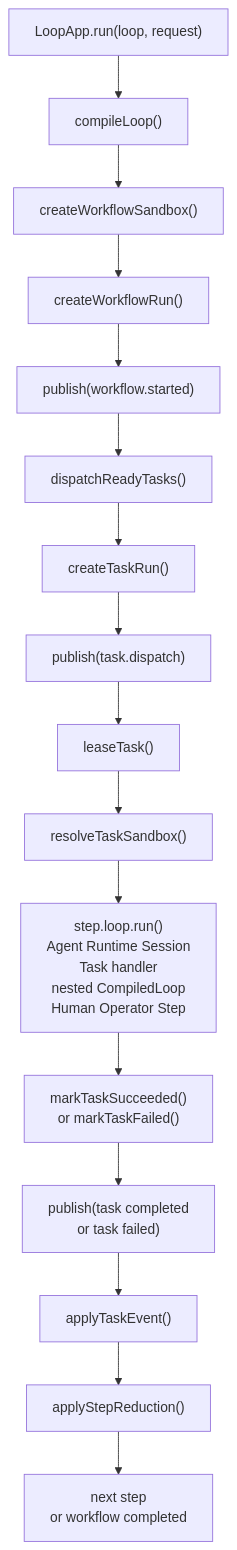
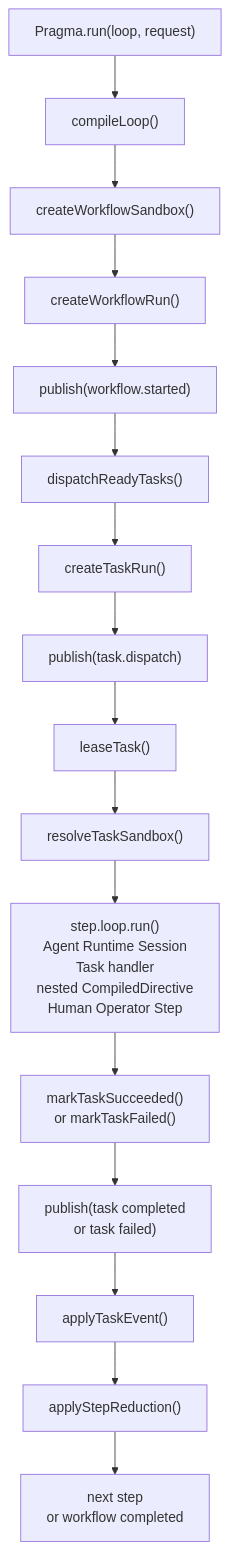
Diagram 11 of 18 in docs/architecture/agent-core-architecture.md (pqpo/pragma), drawn with Mermaid before and after one commit. The commit also changed other lines of this file and 20 other files, not shown here.

````diff
--- a/docs/architecture/agent-core-architecture.md
+++ b/docs/architecture/agent-core-architecture.md
@@ -288,23 +288,23 @@
 ```mermaid
 flowchart TB
-  run["LoopApp.run(loop, request)"]
+  run["Pragma.run(loop, request)"]
   compile["compileLoop()"]
   createSandbox["createWorkflowSandbox()"]
   createWorkflow["createWorkflowRun()"]
   workflowStarted["publish(workflow.started)"]
   dispatch["dispatchReadyTasks()"]
   createTask["createTaskRun()"]
   taskDispatch["publish(task.dispatch)"]
   lease["leaseTask()"]
   resolveSandbox["resolveTaskSandbox()"]
-  stepRun["step.loop.run()<br/>Agent Runtime Session<br/>Task handler<br/>nested CompiledLoop<br/>Human Operator Step"]
+  stepRun["step.loop.run()<br/>Agent Runtime Session<br/>Task handler<br/>nested CompiledDirective<br/>Human Operator Step"]
   taskResult["markTaskSucceeded()<br/>or markTaskFailed()"]
   taskEvent["publish(task completed<br/>or task failed)"]
   applyTaskEvent["applyTaskEvent()"]
   reduce["applyStepReduction()"]
   next["next step<br/>or workflow completed"]
 
   run --> compile --> createSandbox --> createWorkflow --> workflowStarted --> dispatch
   dispatch --> createTask --> taskDispatch --> lease --> resolveSandbox --> stepRun
   stepRun --> taskResult --> taskEvent --> applyTaskEvent --> reduce --> next
 ```
````
